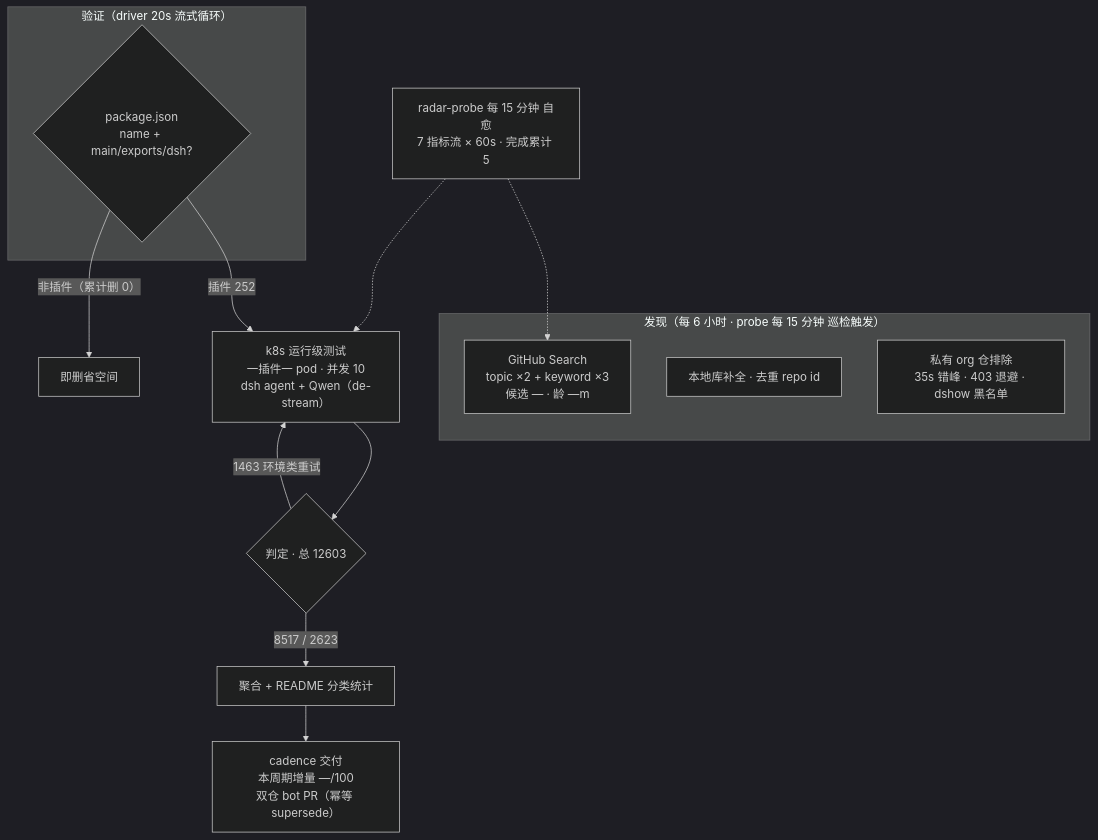
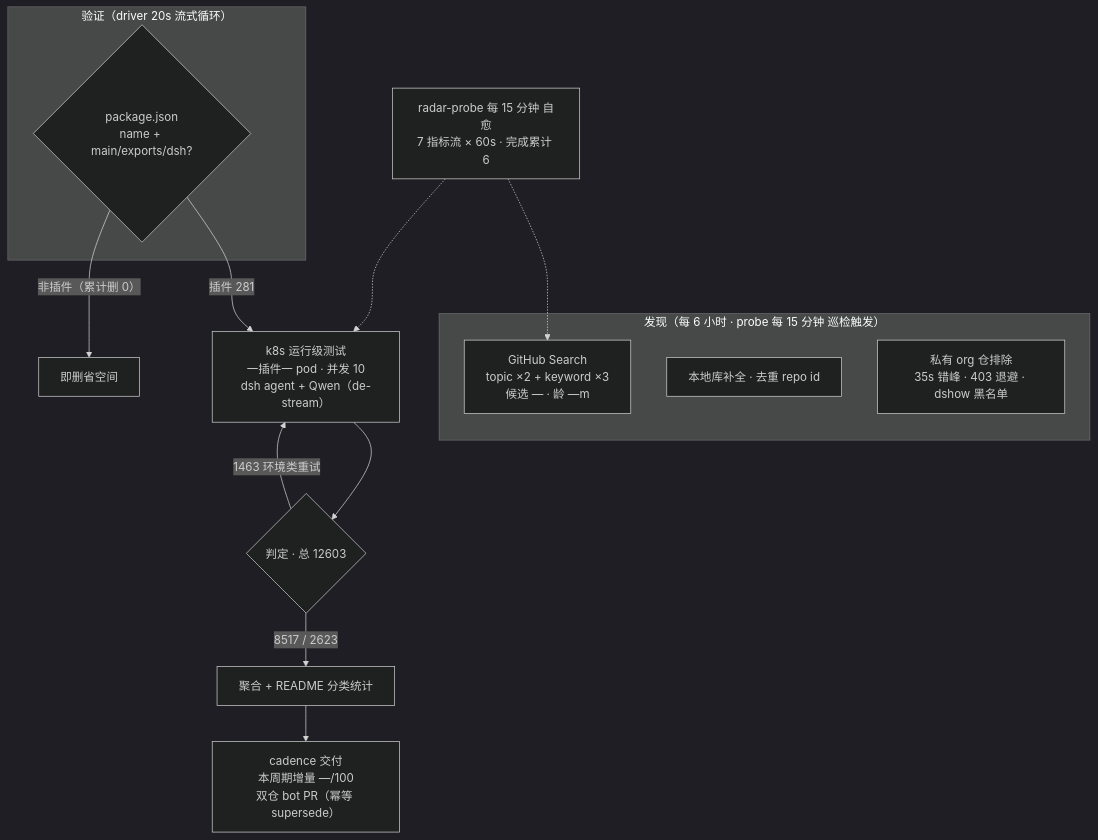
Before and after one commit to AdamPlatin123/awesome-dsh-plugins: the diagram in README.md, drawn with Mermaid (dark theme). The commit also changed other lines of this file and 5 other files, not shown here.

````diff
--- a/README.md
+++ b/README.md
@@ -52,20 +52,20 @@
 ```mermaid
 flowchart TB
     subgraph Discovery["发现（每 6 小时 · probe 每 15 分钟 巡检触发）"]
         A1["GitHub Search<br/>topic ×2 + keyword ×3<br/>候选 — · 龄 —m"]
         A2["本地库补全 · 去重 repo id"]
         A3["私有 org 仓排除<br/>35s 错峰 · 403 退避 · dshow 黑名单"]
     end
     subgraph Validation["验证（driver 20s 流式循环）"]
         B1{"package.json<br/>name + main/exports/dsh?"}
     end
-    B1 -->|"插件 252"| C1["k8s 运行级测试<br/>一插件一 pod · 并发 10<br/>dsh agent + Qwen（de-stream）"]
+    B1 -->|"插件 281"| C1["k8s 运行级测试<br/>一插件一 pod · 并发 10<br/>dsh agent + Qwen（de-stream）"]
     B1 -->|"非插件（累计删 0）"| B3["即删省空间"]
     C1 --> D1{"判定 · 总 12603"}
     D1 -->|"8517 / 2623"| E1["聚合 + README 分类统计"]
     D1 -->|"1463 环境类重试"| C1
     E1 --> E2["cadence 交付<br/>本周期增量 —/100<br/>双仓 bot PR（幂等 supersede）"]
-    M["radar-probe 每 15 分钟 自愈<br/>7 指标流 × 60s · 完成累计 5"]
+    M["radar-probe 每 15 分钟 自愈<br/>7 指标流 × 60s · 完成累计 6"]
     M -.-> A1
     M -.-> C1
 ```
````
